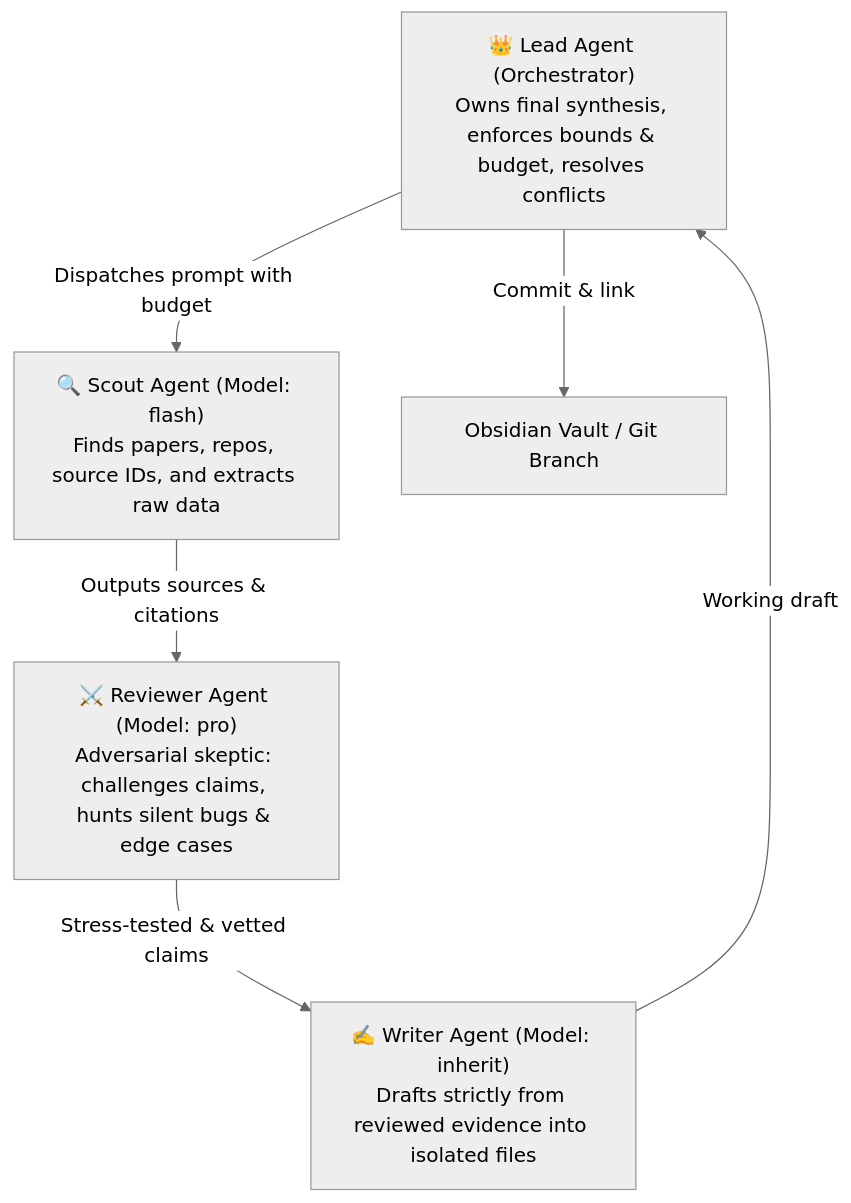
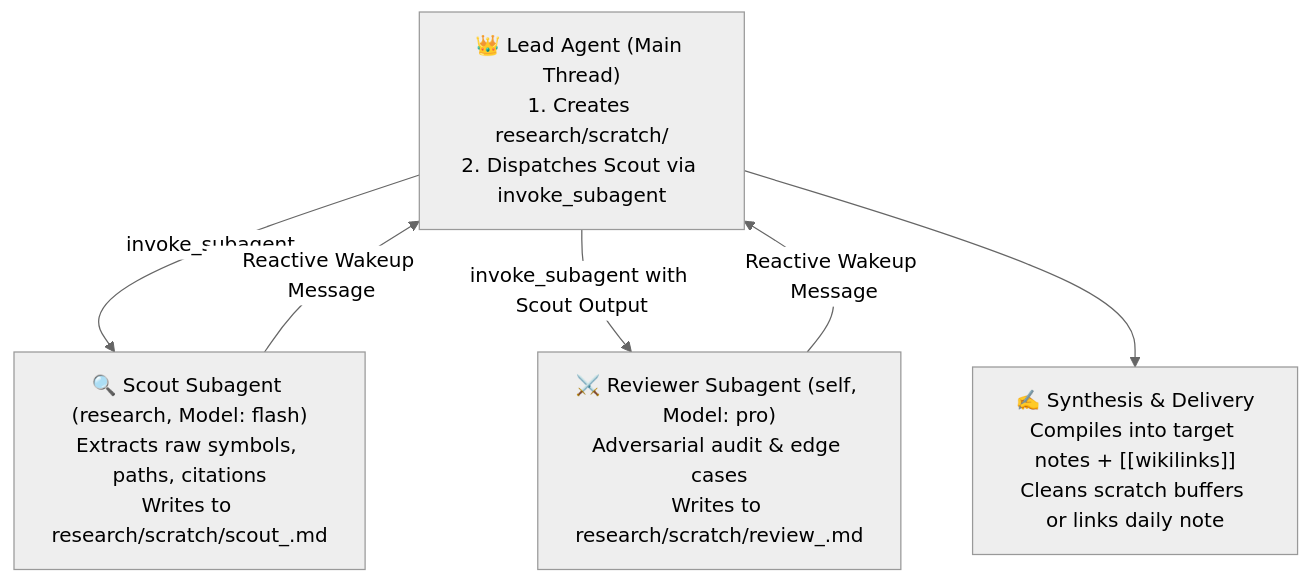
Before and after one commit to Aaradhya-Dev-Tamrakar/brainstorm: the diagram in tools/skills/agent-teams-orchestration/SKILL.md, drawn with Mermaid (neutral theme). The commit also changed other lines of this file and 10 other files, not shown here.

````diff
--- a/tools/skills/agent-teams-orchestration/SKILL.md
+++ b/tools/skills/agent-teams-orchestration/SKILL.md
@@ -24,13 +41,13 @@
 ```mermaid
 flowchart TD
-    Lead["👑 Lead Agent (Orchestrator)<br/>Owns final synthesis, enforces bounds & budget, resolves conflicts"]
-    Scout["🔍 Scout Agent (Model: flash)<br/>Finds papers, repos, source IDs, and extracts raw data"]
-    Reviewer["⚔️ Reviewer Agent (Model: pro)<br/>Adversarial skeptic: challenges claims, hunts silent bugs & edge cases"]
-    Writer["✍️ Writer Agent (Model: inherit)<br/>Drafts strictly from reviewed evidence into isolated files"]
+    Lead["👑 Lead Agent (Main Thread)<br/>1. Creates research/scratch/<br/>2. Dispatches Scout via invoke_subagent"]
+    Scout["🔍 Scout Subagent (research, Model: flash)<br/>Extracts raw symbols, paths, citations<br/>Writes to research/scratch/scout_<task>.md"]
+    Reviewer["⚔️ Reviewer Subagent (self, Model: pro)<br/>Adversarial audit & edge cases<br/>Writes to research/scratch/review_<task>.md"]
+    Delivery["✍️ Synthesis & Delivery<br/>Compiles into target notes + [[wikilinks]]<br/>Cleans scratch buffers or links daily note"]
 
-    Lead -->|Dispatches prompt with budget| Scout
-    Scout -->|Outputs sources & citations| Reviewer
-    Reviewer -->|Stress-tested & vetted claims| Writer
-    Writer -->|Working draft| Lead
-    Lead -->|Commit & link| KnowledgeGraph["Obsidian Vault / Git Branch"]
+    Lead -->|invoke_subagent| Scout
+    Scout -->|Reactive Wakeup Message| Lead
+    Lead -->|invoke_subagent with Scout Output| Reviewer
+    Reviewer -->|Reactive Wakeup Message| Lead
+    Lead --> Delivery
 ```
````
